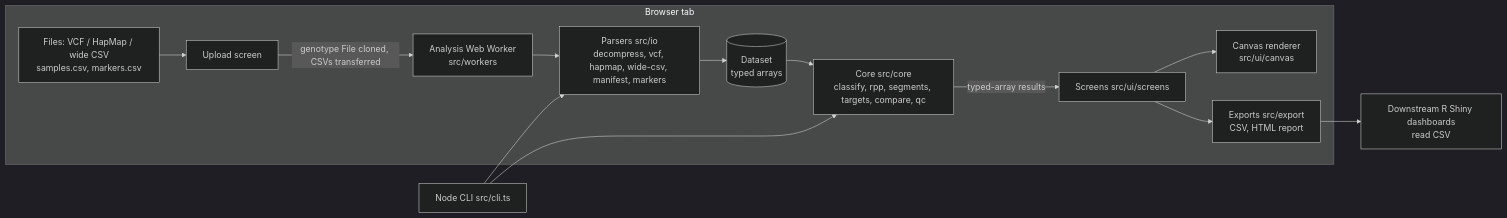
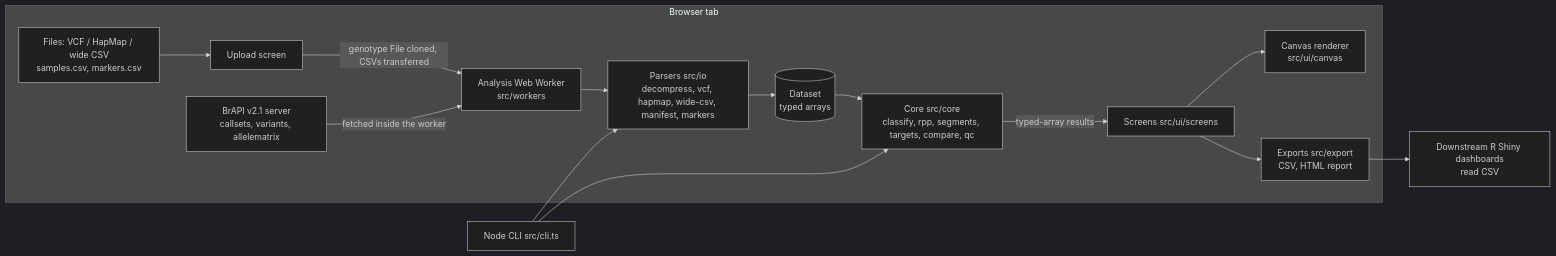
Before and after one commit to piercetaylor/backcross: the diagram in PLAN.md, drawn with Mermaid (dark theme). The commit also changed other lines of this file and 50 other files, not shown here.

First line of the commit message:
feat(io): load a BrAPI v2.1 variant set inside the worker

````diff
--- a/PLAN.md
+++ b/PLAN.md
@@ -27,16 +27,17 @@
 ```mermaid
 flowchart LR
   subgraph Browser tab
     F[Files: VCF / HapMap / wide CSV<br/>samples.csv, markers.csv] --> U[Upload screen]
     U -- genotype File cloned, CSVs transferred --> W[Analysis Web Worker<br/>src/workers]
+    B[BrAPI v2.1 server<br/>callsets, variants, allelematrix] -- fetched inside the worker --> W
     W --> P[Parsers src/io<br/>decompress, vcf, hapmap, wide-csv, manifest, markers]
     P --> D[(Dataset<br/>typed arrays)]
     D --> C[Core src/core<br/>classify, rpp, segments, targets, compare, qc]
     C -- typed-array results --> S[Screens src/ui/screens]
     S --> R[Canvas renderer<br/>src/ui/canvas]
     S --> E[Exports src/export<br/>CSV, HTML report]
   end
   CLI[Node CLI src/cli.ts] --> P
   CLI --> C
   E --> Shiny[Downstream R Shiny dashboards<br/>read CSV]
 ```
````
